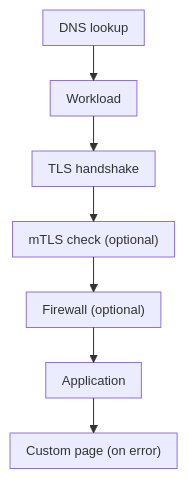
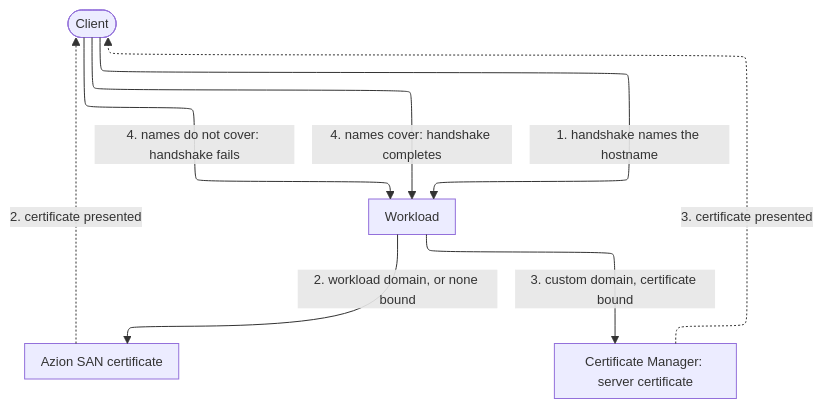
One commit to aziontech/docs changed the second of 5 diagrams in apps/docs/src/content/docs/en/pages/secure/workloads/how-it-works.mdx. Above: the diagram before and after it, drawn with Mermaid. The commit also changed other lines of this file and 76 other files, not shown here.

````diff
--- a/apps/docs/src/content/docs/en/pages/secure/workloads/how-it-works.mdx
+++ b/apps/docs/src/content/docs/en/pages/secure/workloads/how-it-works.mdx
@@ -26,10 +124,15 @@
 ```mermaid
-%%{init: {"layout": "elk", "themeVariables": {"fontSize": "13px"}, "flowchart": {"nodeSpacing": 24, "rankSpacing": 36, "padding": 8, "wrappingWidth": 150, "useMaxWidth": true}, "sequence": {"width": 120, "actorMargin": 30, "useMaxWidth": true}}}%%
+%%{init: {"layout": "elk", "elk": {"preset": "modelOrder", "keepEntryNodeOnTop": true}, "themeVariables": {"fontSize": "13px"}, "flowchart": {"nodeSpacing": 24, "rankSpacing": 36, "padding": 8, "wrappingWidth": 150, "useMaxWidth": true}, "sequence": {"width": 120, "actorMargin": 30, "useMaxWidth": true}}}%%
 flowchart TD
-  DNS["DNS lookup"] --> Host["Workload"]
-  Host --> TLS["TLS handshake"]
-  TLS --> MTLS["mTLS check (optional)"]
-  MTLS --> FW["Firewall (optional)"]
-  FW --> App["Application"]
-  App --> CP["Custom page (on error)"]
+  Client(["Client"])
+  WL["Workload"]
+  SAN["Azion SAN certificate"]
+  CM["Certificate Manager: server certificate"]
+  Client -->|"1. handshake names the hostname"| WL
+  WL -->|"2. workload domain, or none bound"| SAN
+  WL -->|"3. custom domain, certificate bound"| CM
+  SAN -.->|"2. certificate presented"| Client
+  CM -.->|"3. certificate presented"| Client
+  Client -->|"4. names cover: handshake completes"| WL
+  Client -->|"4. names do not cover: handshake fails"| WL
 ```
````
